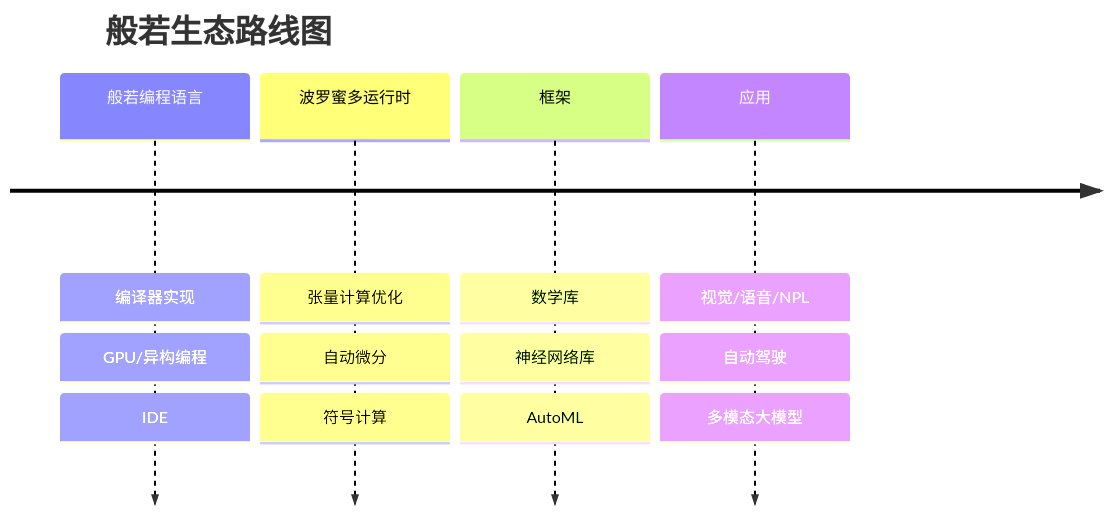
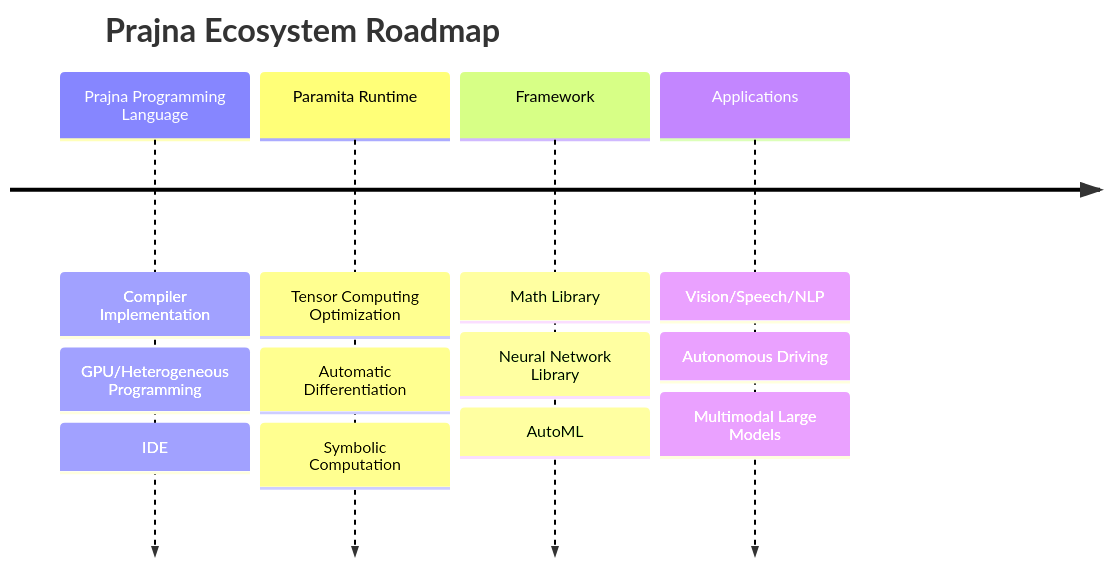
One commit to prajna-lang/prajna changed the second of 3 diagrams in README.md. Above: the diagram before and after it, drawn with Mermaid. The commit also changed other lines of this file and 1 other file, not shown here.

````diff
--- a/README.md
+++ b/README.md
@@ -125,8 +125,8 @@
 ```mermaid
 timeline
-    title 般若生态路线图
-    般若编程语言: 编译器实现: GPU/异构编程: IDE
-    波罗蜜多运行时: 张量计算优化: 自动微分: 符号计算
-    框架: 数学库: 神经网络库: AutoML
-    应用: 视觉/语音/NPL: 自动驾驶: 多模态大模型
+    title Prajna Ecosystem Roadmap
+    Prajna Programming Language: Compiler Implementation: GPU/Heterogeneous Programming: IDE
+    Paramita Runtime: Tensor Computing Optimization: Automatic Differentiation: Symbolic Computation
+    Framework: Math Library: Neural Network Library: AutoML
+    Applications: Vision/Speech/NLP: Autonomous Driving: Multimodal Large Models
 ```
````
